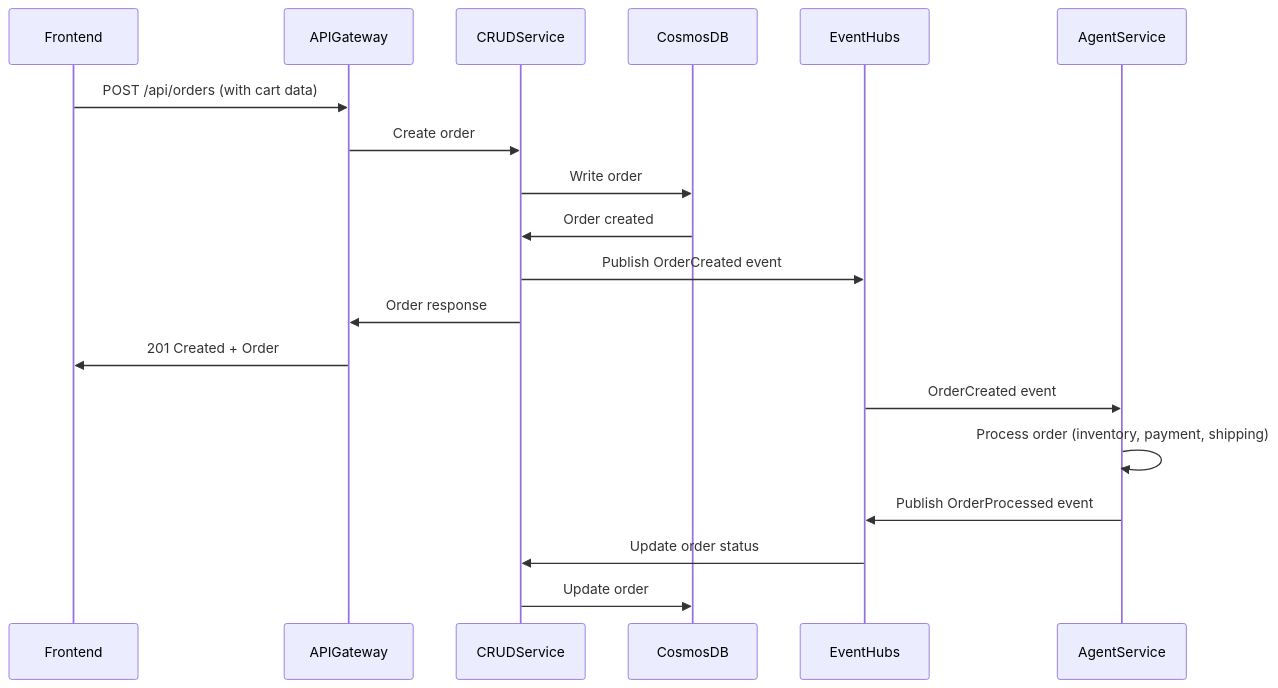
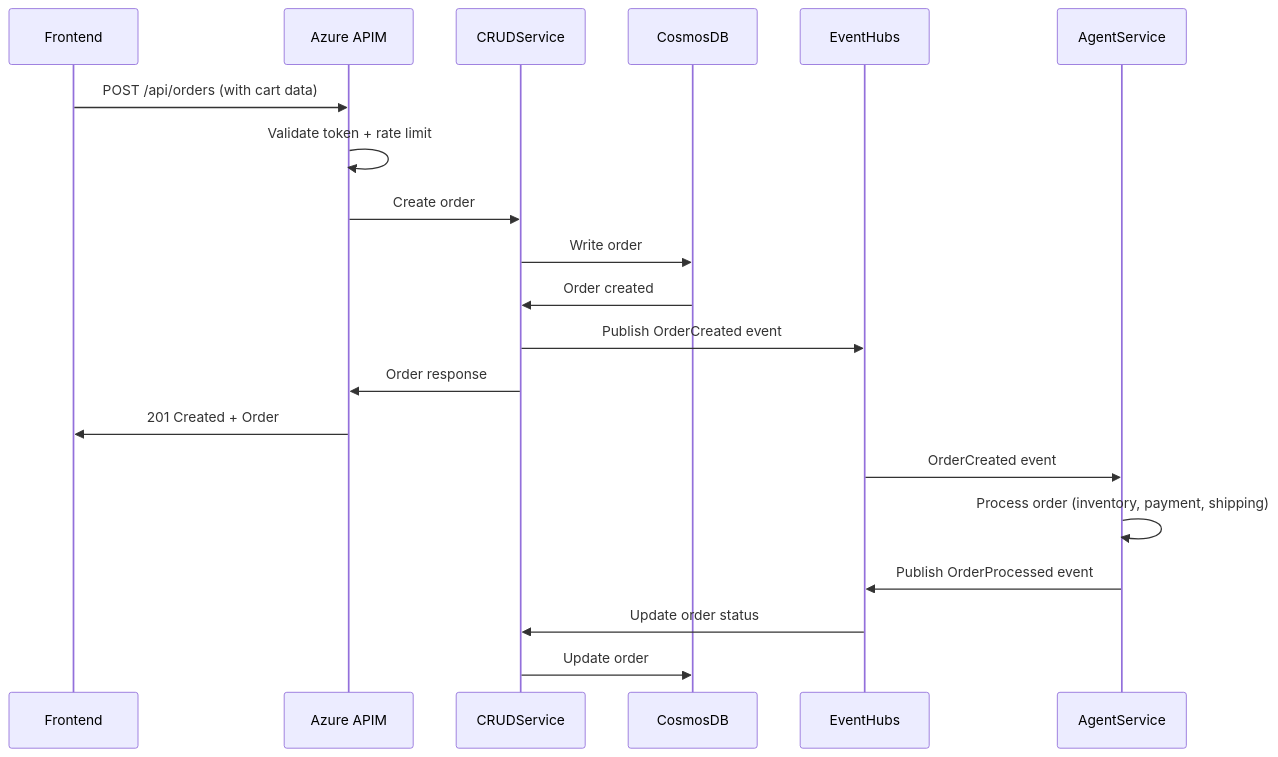
One commit to Azure-Samples/holiday-peak-hub changed the seventh of 13 diagrams in docs/backend_plan.md. Above: the diagram before and after it, drawn with Mermaid. The commit also changed other lines of this file and 4 other files, not shown here.

````diff
--- a/docs/backend_plan.md
+++ b/docs/backend_plan.md
@@ -1544,23 +2208,24 @@
 ```mermaid
 sequenceDiagram
     participant Frontend
-    participant APIGateway
+    participant APIM as Azure APIM
     participant CRUDService
     participant CosmosDB
     participant EventHubs
     participant AgentService
     
-    Frontend->>APIGateway: POST /api/orders (with cart data)
-    APIGateway->>CRUDService: Create order
+    Frontend->>APIM: POST /api/orders (with cart data)
+    APIM->>APIM: Validate token + rate limit
+    APIM->>CRUDService: Create order
     CRUDService->>CosmosDB: Write order
     CosmosDB->>CRUDService: Order created
     CRUDService->>EventHubs: Publish OrderCreated event
-    CRUDService->>APIGateway: Order response
-    APIGateway->>Frontend: 201 Created + Order
+    CRUDService->>APIM: Order response
+    APIM->>Frontend: 201 Created + Order
     
     EventHubs->>AgentService: OrderCreated event
     AgentService->>AgentService: Process order (inventory, payment, shipping)
     AgentService->>EventHubs: Publish OrderProcessed event
     EventHubs->>CRUDService: Update order status
     CRUDService->>CosmosDB: Update order
 ```
````
